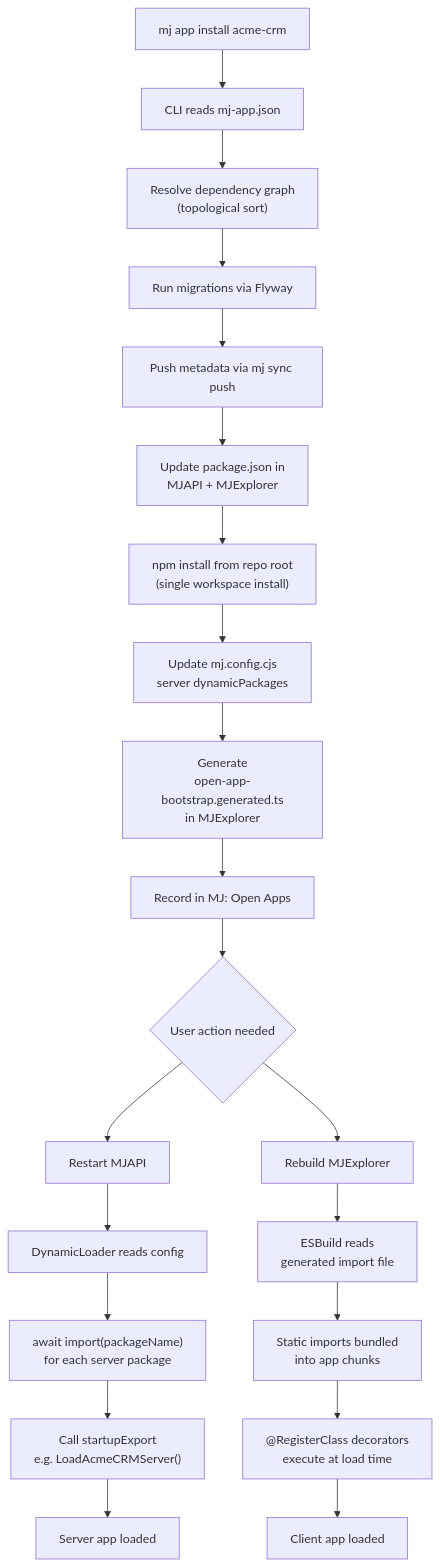
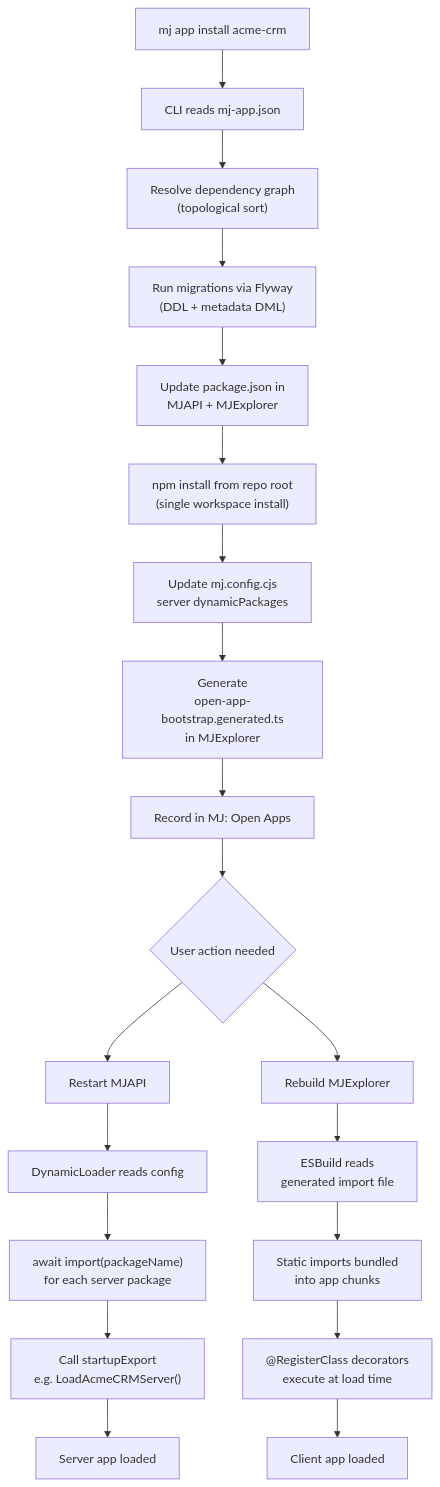
Before and after one commit to MemberJunction/MJ: the diagram in plans/open-app-spec.md, drawn with Mermaid. The commit also changed other lines of this file, not shown here.

First line of the commit message:
Simplify Open App spec: migrations-only metadata, lean data model

````diff
--- a/plans/open-app-spec.md
+++ b/plans/open-app-spec.md
@@ -689,25 +665,24 @@
 ```mermaid
 flowchart TD
     A["mj app install acme-crm"] --> B["CLI reads mj-app.json"]
     B --> C["Resolve dependency graph\n(topological sort)"]
-    C --> D["Run migrations via Flyway"]
-    D --> E["Push metadata via mj sync push"]
-    E --> F["Update package.json in\nMJAPI + MJExplorer"]
+    C --> D["Run migrations via Flyway\n(DDL + metadata DML)"]
+    D --> F["Update package.json in\nMJAPI + MJExplorer"]
     F --> G["npm install from repo root\n(single workspace install)"]
     G --> H["Update mj.config.cjs\nserver dynamicPackages"]
     H --> I["Generate\nopen-app-bootstrap.generated.ts\nin MJExplorer"]
     I --> J["Record in MJ: Open Apps"]
     J --> K{"User action needed"}
     K --> L["Restart MJAPI"]
     K --> M["Rebuild MJExplorer"]
 
     L --> N["DynamicLoader reads config"]
     N --> O["await import(packageName)\nfor each server package"]
     O --> P["Call startupExport\ne.g. LoadAcmeCRMServer()"]
     P --> Q["Server app loaded"]
 
     M --> R["ESBuild reads\ngenerated import file"]
     R --> S["Static imports bundled\ninto app chunks"]
     S --> T["@RegisterClass decorators\nexecute at load time"]
     T --> U["Client app loaded"]
 ```
````
